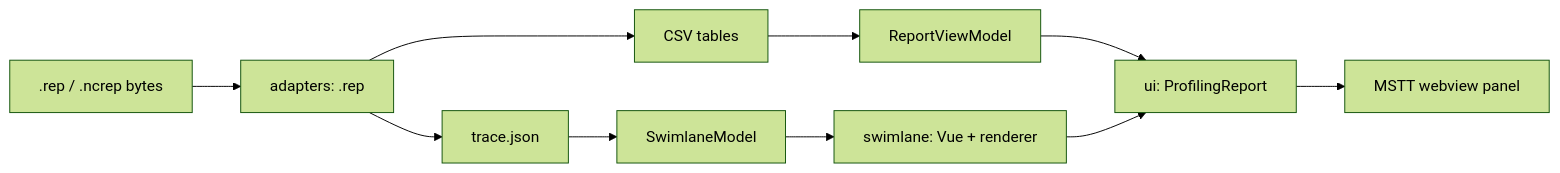
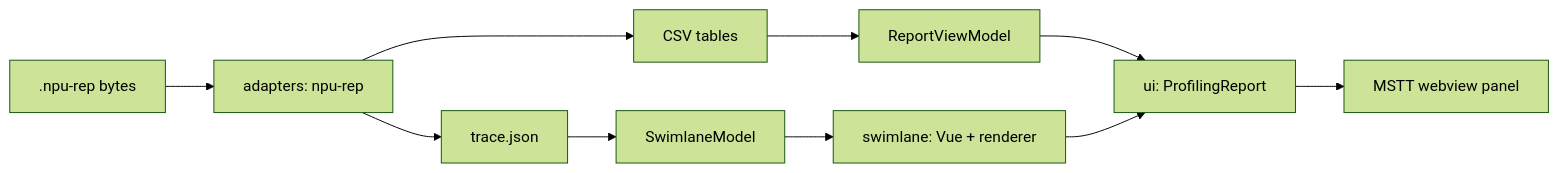
One commit to IdeFrontend/profiling-report changed the second of 2 diagrams in docs/architecture/ARCHITECTURE.md. Above: the diagram before and after it, drawn with Mermaid (forest theme). The commit also changed other lines of this file and 28 other files, not shown here.

First line of the commit message:
feat: add toolbar user guide and resolve PROC-2 to .npu-rep

````diff
--- a/docs/architecture/ARCHITECTURE.md
+++ b/docs/architecture/ARCHITECTURE.md
@@ -80,12 +80,12 @@
 ```mermaid
 flowchart LR
-  RepFile[".rep / .ncrep bytes"] --> RepAdapter["adapters: .rep"]
+  RepFile[".npu-rep bytes"] --> RepAdapter["adapters: npu-rep"]
   RepAdapter --> CSVs["CSV tables"]
   RepAdapter --> Trace["trace.json"]
   CSVs --> ViewModel["ReportViewModel"]
   Trace --> SwimModel["SwimlaneModel"]
   ViewModel --> VueUI["ui: ProfilingReport"]
   SwimModel --> Swimlane["swimlane: Vue + renderer"]
   VueUI --> Host["MSTT webview panel"]
   Swimlane --> VueUI
 ```
````
